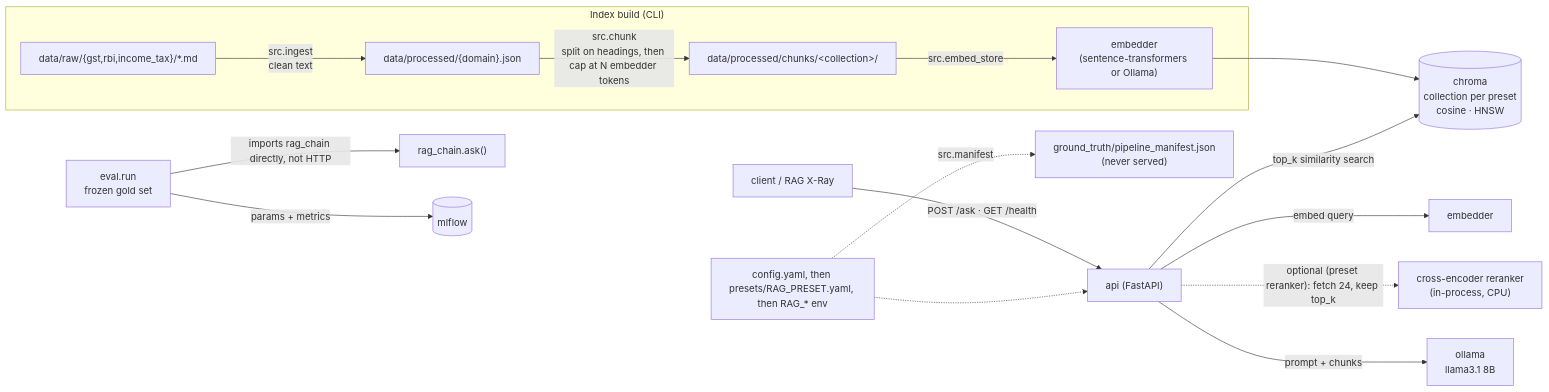
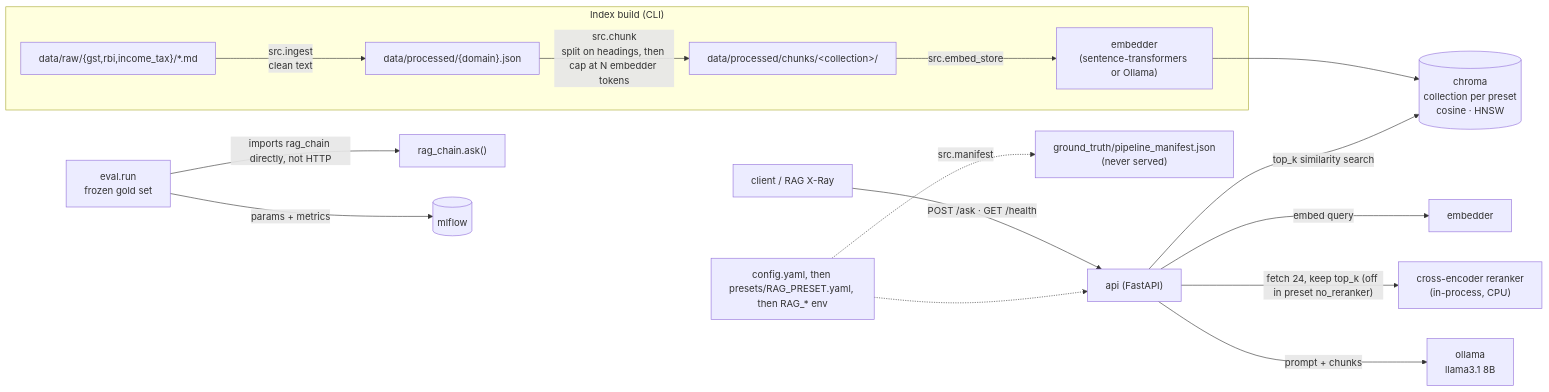
The diagram in README.md (Pranav-fscty/AI-Compliance-Copilot), drawn with Mermaid before and after one commit. The commit also changed other lines of this file and 11 other files, not shown here.

First line of the commit message:
Make the cross-encoder reranker the default; old pipeline becomes preset no_reranker

````diff
--- a/README.md
+++ b/README.md
@@ -17,20 +17,20 @@
 ```mermaid
 flowchart LR
     subgraph offline["Index build (CLI)"]
         RAW["data/raw/{gst,rbi,income_tax}/*.md"] -->|src.ingest<br/>clean text| PROC["data/processed/{domain}.json"]
         PROC -->|src.chunk<br/>split on headings, then cap at N embedder tokens| CH["data/processed/chunks/&lt;collection&gt;/"]
         CH -->|src.embed_store| EMB["embedder<br/>(sentence-transformers or Ollama)"]
     end
     EMB --> CHROMA[("chroma<br/>collection per preset<br/>cosine · HNSW")]
 
     CLIENT["client / RAG X-Ray"] -->|POST /ask · GET /health| API["api (FastAPI)"]
     API -->|embed query| EMB2["embedder"]
     API -->|top_k similarity search| CHROMA
-    API -.->|"optional (preset reranker): fetch 24, keep top_k"| RR["cross-encoder reranker<br/>(in-process, CPU)"]
+    API -->|"fetch 24, keep top_k (off in preset no_reranker)"| RR["cross-encoder reranker<br/>(in-process, CPU)"]
     API -->|prompt + chunks| OLLAMA["ollama<br/>llama3.1 8B"]
 
     EVAL["eval.run<br/>frozen gold set"] -->|imports rag_chain directly, not HTTP| RC["rag_chain.ask()"]
     EVAL -->|params + metrics| MLFLOW[("mlflow")]
     CFG["config.yaml, then presets/RAG_PRESET.yaml, then RAG_* env"] -.-> API
     CFG -.->|src.manifest| GT["ground_truth/pipeline_manifest.json<br/>(never served)"]
 ```
````
